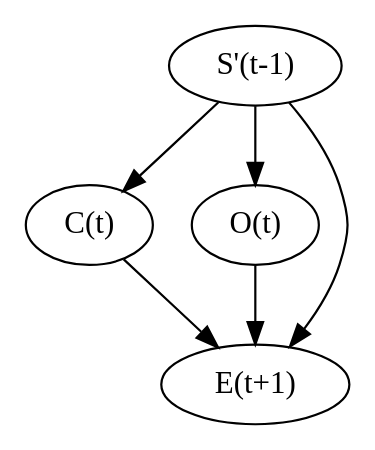
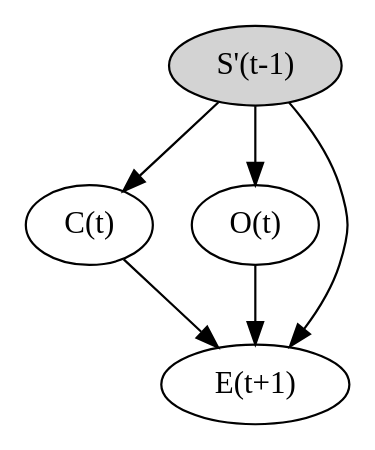
Before and after one commit to massma/causality-earth-science: the diagram in dot/reconstruction.dot, drawn with Graphviz. The commit also changed 4 other files, not shown here.

```diff
--- a/dot/reconstruction.dot
+++ b/dot/reconstruction.dot
@@ -1,13 +1,13 @@
 digraph G {
-	s[label="S'(t-1)"];
+	s[label="S'(t-1)", style="filled"];
         c[label="C(t)"];
         o[label="O(t)"];
 	e[label="E(t+1)"];
 
 	s -> c;
         s -> o;
         c -> e;
         o -> e;
         s -> e;
 
 }
```
